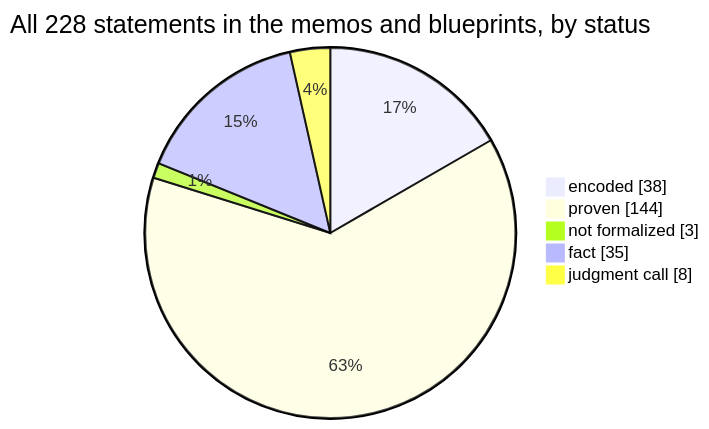
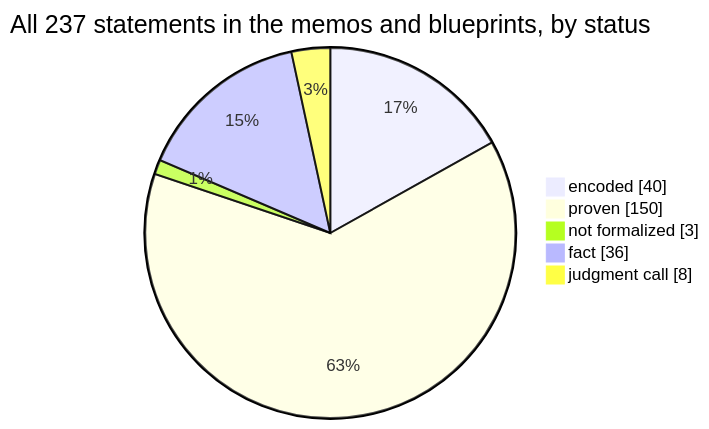
One commit to SeanWMurray/Canteen changed the first of 4 diagrams in docs/graphs/dashboard.md. Above: the diagram before and after it, drawn with Mermaid. The commit also changed 9 other files, not shown here.

````diff
--- a/docs/graphs/dashboard.md
+++ b/docs/graphs/dashboard.md
@@ -11,8 +11,8 @@
 ```mermaid
-pie showData title All 228 statements in the memos and blueprints, by status
-    "encoded" : 38
-    "proven" : 144
+pie showData title All 237 statements in the memos and blueprints, by status
+    "encoded" : 40
+    "proven" : 150
     "not formalized" : 3
-    "fact" : 35
+    "fact" : 36
     "judgment call" : 8
 ```
````
